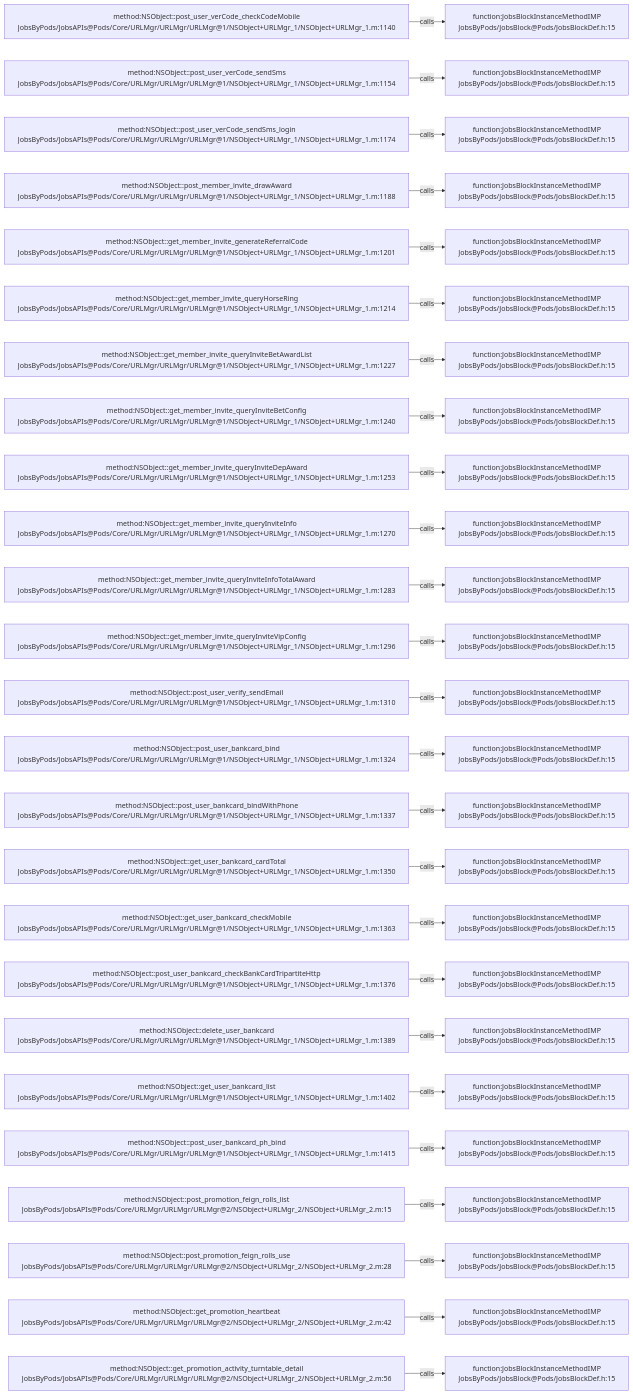
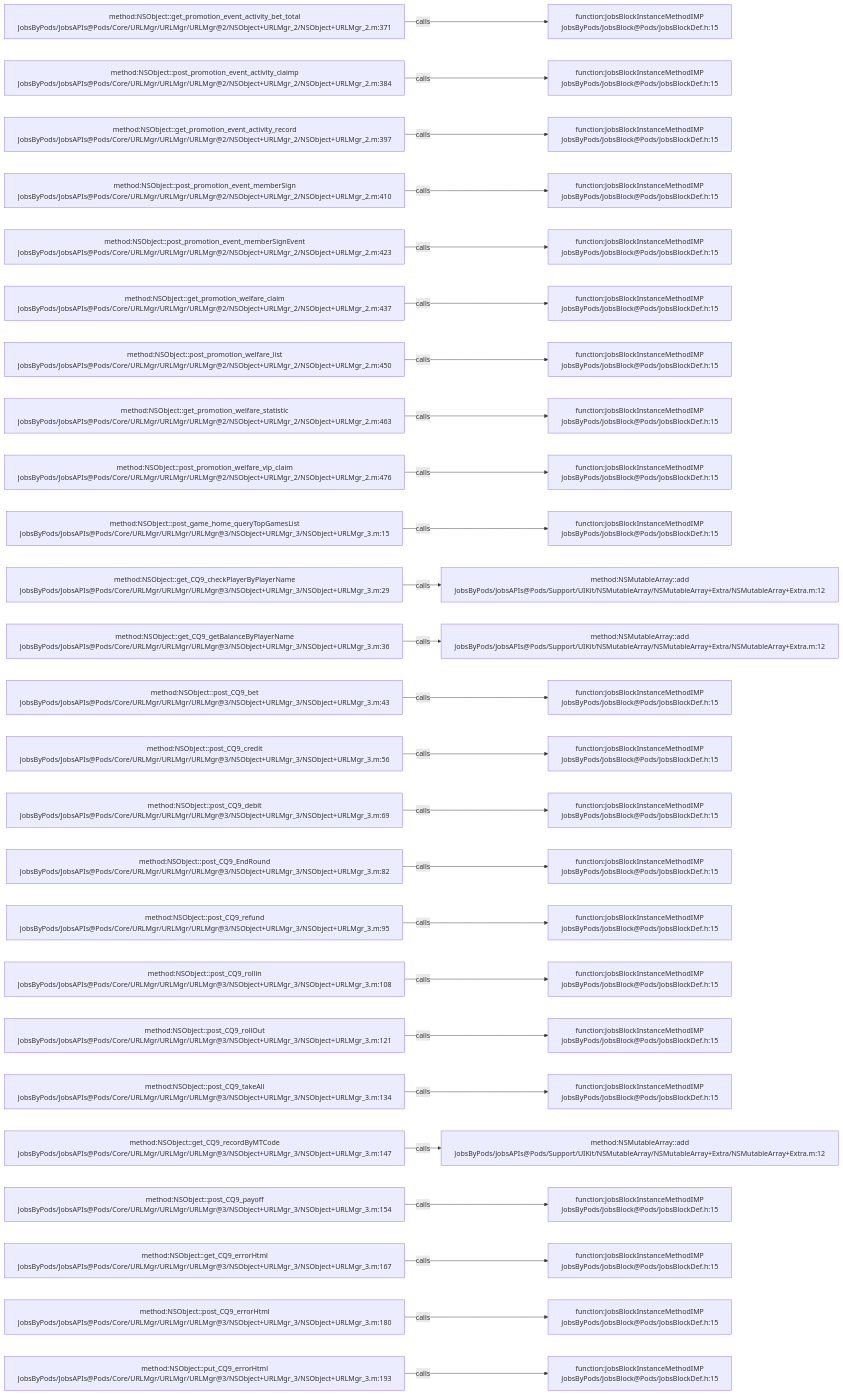
One commit to JobsKits/JobsOCBaseConfigDemo changed the diagram in .codegraph/codegraph.md/graphs/calls-057.md. Above: the diagram before and after it, drawn with Mermaid. The commit also changed 223 other files, not shown here.

````diff
--- a/.codegraph/codegraph.md/graphs/calls-057.md
+++ b/.codegraph/codegraph.md/graphs/calls-057.md
@@ -13,78 +13,78 @@
 ```mermaid
 flowchart LR
-  S1["method:NSObject::post_user_verCode_checkCodeMobile<br/>JobsByPods/JobsAPIs@Pods/Core/URLMgr/URLMgr/URLMgr@1/NSObject+URLMgr_1/NSObject+URLMgr_1.m:1140"]
+  S1["method:NSObject::get_promotion_event_activity_bet_total<br/>JobsByPods/JobsAPIs@Pods/Core/URLMgr/URLMgr/URLMgr@2/NSObject+URLMgr_2/NSObject+URLMgr_2.m:371"]
   T1["function:JobsBlockInstanceMethodIMP<br/>JobsByPods/JobsBlock@Pods/JobsBlockDef.h:15"]
   S1 -->|calls| T1
-  S2["method:NSObject::post_user_verCode_sendSms<br/>JobsByPods/JobsAPIs@Pods/Core/URLMgr/URLMgr/URLMgr@1/NSObject+URLMgr_1/NSObject+URLMgr_1.m:1154"]
+  S2["method:NSObject::post_promotion_event_activity_claimp<br/>JobsByPods/JobsAPIs@Pods/Core/URLMgr/URLMgr/URLMgr@2/NSObject+URLMgr_2/NSObject+URLMgr_2.m:384"]
   T2["function:JobsBlockInstanceMethodIMP<br/>JobsByPods/JobsBlock@Pods/JobsBlockDef.h:15"]
   S2 -->|calls| T2
-  S3["method:NSObject::post_user_verCode_sendSms_login<br/>JobsByPods/JobsAPIs@Pods/Core/URLMgr/URLMgr/URLMgr@1/NSObject+URLMgr_1/NSObject+URLMgr_1.m:1174"]
+  S3["method:NSObject::get_promotion_event_activity_record<br/>JobsByPods/JobsAPIs@Pods/Core/URLMgr/URLMgr/URLMgr@2/NSObject+URLMgr_2/NSObject+URLMgr_2.m:397"]
   T3["function:JobsBlockInstanceMethodIMP<br/>JobsByPods/JobsBlock@Pods/JobsBlockDef.h:15"]
   S3 -->|calls| T3
-  S4["method:NSObject::post_member_invite_drawAward<br/>JobsByPods/JobsAPIs@Pods/Core/URLMgr/URLMgr/URLMgr@1/NSObject+URLMgr_1/NSObject+URLMgr_1.m:1188"]
+  S4["method:NSObject::post_promotion_event_memberSign<br/>JobsByPods/JobsAPIs@Pods/Core/URLMgr/URLMgr/URLMgr@2/NSObject+URLMgr_2/NSObject+URLMgr_2.m:410"]
   T4["function:JobsBlockInstanceMethodIMP<br/>JobsByPods/JobsBlock@Pods/JobsBlockDef.h:15"]
   S4 -->|calls| T4
-  S5["method:NSObject::get_member_invite_generateReferralCode<br/>JobsByPods/JobsAPIs@Pods/Core/URLMgr/URLMgr/URLMgr@1/NSObject+URLMgr_1/NSObject+URLMgr_1.m:1201"]
+  S5["method:NSObject::post_promotion_event_memberSignEvent<br/>JobsByPods/JobsAPIs@Pods/Core/URLMgr/URLMgr/URLMgr@2/NSObject+URLMgr_2/NSObject+URLMgr_2.m:423"]
   T5["function:JobsBlockInstanceMethodIMP<br/>JobsByPods/JobsBlock@Pods/JobsBlockDef.h:15"]
   S5 -->|calls| T5
-  S6["method:NSObject::get_member_invite_queryHorseRing<br/>JobsByPods/JobsAPIs@Pods/Core/URLMgr/URLMgr/URLMgr@1/NSObject+URLMgr_1/NSObject+URLMgr_1.m:1214"]
+  S6["method:NSObject::get_promotion_welfare_claim<br/>JobsByPods/JobsAPIs@Pods/Core/URLMgr/URLMgr/URLMgr@2/NSObject+URLMgr_2/NSObject+URLMgr_2.m:437"]
   T6["function:JobsBlockInstanceMethodIMP<br/>JobsByPods/JobsBlock@Pods/JobsBlockDef.h:15"]
   S6 -->|calls| T6
-  S7["method:NSObject::get_member_invite_queryInviteBetAwardList<br/>JobsByPods/JobsAPIs@Pods/Core/URLMgr/URLMgr/URLMgr@1/NSObject+URLMgr_1/NSObject+URLMgr_1.m:1227"]
+  S7["method:NSObject::post_promotion_welfare_list<br/>JobsByPods/JobsAPIs@Pods/Core/URLMgr/URLMgr/URLMgr@2/NSObject+URLMgr_2/NSObject+URLMgr_2.m:450"]
   T7["function:JobsBlockInstanceMethodIMP<br/>JobsByPods/JobsBlock@Pods/JobsBlockDef.h:15"]
   S7 -->|calls| T7
-  S8["method:NSObject::get_member_invite_queryInviteBetConfig<br/>JobsByPods/JobsAPIs@Pods/Core/URLMgr/URLMgr/URLMgr@1/NSObject+URLMgr_1/NSObject+URLMgr_1.m:1240"]
+  S8["method:NSObject::get_promotion_welfare_statistic<br/>JobsByPods/JobsAPIs@Pods/Core/URLMgr/URLMgr/URLMgr@2/NSObject+URLMgr_2/NSObject+URLMgr_2.m:463"]
   T8["function:JobsBlockInstanceMethodIMP<br/>JobsByPods/JobsBlock@Pods/JobsBlockDef.h:15"]
   S8 -->|calls| T8
-  S9["method:NSObject::get_member_invite_queryInviteDepAward<br/>JobsByPods/JobsAPIs@Pods/Core/URLMgr/URLMgr/URLMgr@1/NSObject+URLMgr_1/NSObject+URLMgr_1.m:1253"]
+  S9["method:NSObject::post_promotion_welfare_vip_claim<br/>JobsByPods/JobsAPIs@Pods/Core/URLMgr/URLMgr/URLMgr@2/NSObject+URLMgr_2/NSObject+URLMgr_2.m:476"]
   T9["function:JobsBlockInstanceMethodIMP<br/>JobsByPods/JobsBlock@Pods/JobsBlockDef.h:15"]
   S9 -->|calls| T9
-  S10["method:NSObject::get_member_invite_queryInviteInfo<br/>JobsByPods/JobsAPIs@Pods/Core/URLMgr/URLMgr/URLMgr@1/NSObject+URLMgr_1/NSObject+URLMgr_1.m:1270"]
+  S10["method:NSObject::post_game_home_queryTopGamesList<br/>JobsByPods/JobsAPIs@Pods/Core/URLMgr/URLMgr/URLMgr@3/NSObject+URLMgr_3/NSObject+URLMgr_3.m:15"]
   T10["function:JobsBlockInstanceMethodIMP<br/>JobsByPods/JobsBlock@Pods/JobsBlockDef.h:15"]
   S10 -->|calls| T10
-  S11["method:NSObject::get_member_invite_queryInviteInfoTotalAward<br/>JobsByPods/JobsAPIs@Pods/Core/URLMgr/URLMgr/URLMgr@1/NSObject+URLMgr_1/NSObject+URLMgr_1.m:1283"]
-  T11["function:JobsBlockInstanceMethodIMP<br/>JobsByPods/JobsBlock@Pods/JobsBlockDef.h:15"]
+  S11["method:NSObject::get_CQ9_checkPlayerByPlayerName<br/>JobsByPods/JobsAPIs@Pods/Core/URLMgr/URLMgr/URLMgr@3/NSObject+URLMgr_3/NSObject+URLMgr_3.m:29"]
+  T11["method:NSMutableArray::add<br/>JobsByPods/JobsAPIs@Pods/Support/UIKit/NSMutableArray/NSMutableArray+Extra/NSMutableArray+Extra.m:12"]
   S11 -->|calls| T11
-  S12["method:NSObject::get_member_invite_queryInviteVipConfig<br/>JobsByPods/JobsAPIs@Pods/Core/URLMgr/URLMgr/URLMgr@1/NSObject+URLMgr_1/NSObject+URLMgr_1.m:1296"]
-  T12["function:JobsBlockInstanceMethodIMP<br/>JobsByPods/JobsBlock@Pods/JobsBlockDef.h:15"]
+  S12["method:NSObject::get_CQ9_getBalanceByPlayerName<br/>JobsByPods/JobsAPIs@Pods/Core/URLMgr/URLMgr/URLMgr@3/NSObject+URLMgr_3/NSObject+URLMgr_3.m:36"]
+  T12["method:NSMutableArray::add<br/>JobsByPods/JobsAPIs@Pods/Support/UIKit/NSMutableArray/NSMutableArray+Extra/NSMutableArray+Extra.m:12"]
   S12 -->|calls| T12
-  S13["method:NSObject::post_user_verify_sendEmail<br/>JobsByPods/JobsAPIs@Pods/Core/URLMgr/URLMgr/URLMgr@1/NSObject+URLMgr_1/NSObject+URLMgr_1.m:1310"]
+  S13["method:NSObject::post_CQ9_bet<br/>JobsByPods/JobsAPIs@Pods/Core/URLMgr/URLMgr/URLMgr@3/NSObject+URLMgr_3/NSObject+URLMgr_3.m:43"]
   T13["function:JobsBlockInstanceMethodIMP<br/>JobsByPods/JobsBlock@Pods/JobsBlockDef.h:15"]
   S13 -->|calls| T13
-  S14["method:NSObject::post_user_bankcard_bind<br/>JobsByPods/JobsAPIs@Pods/Core/URLMgr/URLMgr/URLMgr@1/NSObject+URLMgr_1/NSObject+URLMgr_1.m:1324"]
+  S14["method:NSObject::post_CQ9_credit<br/>JobsByPods/JobsAPIs@Pods/Core/URLMgr/URLMgr/URLMgr@3/NSObject+URLMgr_3/NSObject+URLMgr_3.m:56"]
   T14["function:JobsBlockInstanceMethodIMP<br/>JobsByPods/JobsBlock@Pods/JobsBlockDef.h:15"]
   S14 -->|calls| T14
-  S15["method:NSObject::post_user_bankcard_bindWithPhone<br/>JobsByPods/JobsAPIs@Pods/Core/URLMgr/URLMgr/URLMgr@1/NSObject+URLMgr_1/NSObject+URLMgr_1.m:1337"]
+  S15["method:NSObject::post_CQ9_debit<br/>JobsByPods/JobsAPIs@Pods/Core/URLMgr/URLMgr/URLMgr@3/NSObject+URLMgr_3/NSObject+URLMgr_3.m:69"]
   T15["function:JobsBlockInstanceMethodIMP<br/>JobsByPods/JobsBlock@Pods/JobsBlockDef.h:15"]
   S15 -->|calls| T15
-  S16["method:NSObject::get_user_bankcard_cardTotal<br/>JobsByPods/JobsAPIs@Pods/Core/URLMgr/URLMgr/URLMgr@1/NSObject+URLMgr_1/NSObject+URLMgr_1.m:1350"]
+  S16["method:NSObject::post_CQ9_EndRound<br/>JobsByPods/JobsAPIs@Pods/Core/URLMgr/URLMgr/URLMgr@3/NSObject+URLMgr_3/NSObject+URLMgr_3.m:82"]
   T16["function:JobsBlockInstanceMethodIMP<br/>JobsByPods/JobsBlock@Pods/JobsBlockDef.h:15"]
   S16 -->|calls| T16
-  S17["method:NSObject::get_user_bankcard_checkMobile<br/>JobsByPods/JobsAPIs@Pods/Core/URLMgr/URLMgr/URLMgr@1/NSObject+URLMgr_1/NSObject+URLMgr_1.m:1363"]
+  S17["method:NSObject::post_CQ9_refund<br/>JobsByPods/JobsAPIs@Pods/Core/URLMgr/URLMgr/URLMgr@3/NSObject+URLMgr_3/NSObject+URLMgr_3.m:95"]
   T17["function:JobsBlockInstanceMethodIMP<br/>JobsByPods/JobsBlock@Pods/JobsBlockDef.h:15"]
   S17 -->|calls| T17
-  S18["method:NSObject::post_user_bankcard_checkBankCardTripartiteHttp<br/>JobsByPods/JobsAPIs@Pods/Core/URLMgr/URLMgr/URLMgr@1/NSObject+URLMgr_1/NSObject+URLMgr_1.m:1376"]
+  S18["method:NSObject::post_CQ9_rollin<br/>JobsByPods/JobsAPIs@Pods/Core/URLMgr/URLMgr/URLMgr@3/NSObject+URLMgr_3/NSObject+URLMgr_3.m:108"]
   T18["function:JobsBlockInstanceMethodIMP<br/>JobsByPods/JobsBlock@Pods/JobsBlockDef.h:15"]
   S18 -->|calls| T18
-  S19["method:NSObject::delete_user_bankcard<br/>JobsByPods/JobsAPIs@Pods/Core/URLMgr/URLMgr/URLMgr@1/NSObject+URLMgr_1/NSObject+URLMgr_1.m:1389"]
+  S19["method:NSObject::post_CQ9_rollOut<br/>JobsByPods/JobsAPIs@Pods/Core/URLMgr/URLMgr/URLMgr@3/NSObject+URLMgr_3/NSObject+URLMgr_3.m:121"]
   T19["function:JobsBlockInstanceMethodIMP<br/>JobsByPods/JobsBlock@Pods/JobsBlockDef.h:15"]
   S19 -->|calls| T19
-  S20["method:NSObject::get_user_bankcard_list<br/>JobsByPods/JobsAPIs@Pods/Core/URLMgr/URLMgr/URLMgr@1/NSObject+URLMgr_1/NSObject+URLMgr_1.m:1402"]
+  S20["method:NSObject::post_CQ9_takeAll<br/>JobsByPods/JobsAPIs@Pods/Core/URLMgr/URLMgr/URLMgr@3/NSObject+URLMgr_3/NSObject+URLMgr_3.m:134"]
   T20["function:JobsBlockInstanceMethodIMP<br/>JobsByPods/JobsBlock@Pods/JobsBlockDef.h:15"]
   S20 -->|calls| T20
-  S21["method:NSObject::post_user_bankcard_ph_bind<br/>JobsByPods/JobsAPIs@Pods/Core/URLMgr/URLMgr/URLMgr@1/NSObject+URLMgr_1/NSObject+URLMgr_1.m:1415"]
-  T21["function:JobsBlockInstanceMethodIMP<br/>JobsByPods/JobsBlock@Pods/JobsBlockDef.h:15"]
+  S21["method:NSObject::get_CQ9_recordByMTCode<br/>JobsByPods/JobsAPIs@Pods/Core/URLMgr/URLMgr/URLMgr@3/NSObject+URLMgr_3/NSObject+URLMgr_3.m:147"]
+  T21["method:NSMutableArray::add<br/>JobsByPods/JobsAPIs@Pods/Support/UIKit/NSMutableArray/NSMutableArray+Extra/NSMutableArray+Extra.m:12"]
   S21 -->|calls| T21
-  S22["method:NSObject::post_promotion_feign_rolls_list<br/>JobsByPods/JobsAPIs@Pods/Core/URLMgr/URLMgr/URLMgr@2/NSObject+URLMgr_2/NSObject+URLMgr_2.m:15"]
+  S22["method:NSObject::post_CQ9_payoff<br/>JobsByPods/JobsAPIs@Pods/Core/URLMgr/URLMgr/URLMgr@3/NSObject+URLMgr_3/NSObject+URLMgr_3.m:154"]
   T22["function:JobsBlockInstanceMethodIMP<br/>JobsByPods/JobsBlock@Pods/JobsBlockDef.h:15"]
   S22 -->|calls| T22
-  S23["method:NSObject::post_promotion_feign_rolls_use<br/>JobsByPods/JobsAPIs@Pods/Core/URLMgr/URLMgr/URLMgr@2/NSObject+URLMgr_2/NSObject+URLMgr_2.m:28"]
+  S23["method:NSObject::get_CQ9_errorHtml<br/>JobsByPods/JobsAPIs@Pods/Core/URLMgr/URLMgr/URLMgr@3/NSObject+URLMgr_3/NSObject+URLMgr_3.m:167"]
   T23["function:JobsBlockInstanceMethodIMP<br/>JobsByPods/JobsBlock@Pods/JobsBlockDef.h:15"]
   S23 -->|calls| T23
-  S24["method:NSObject::get_promotion_heartbeat<br/>JobsByPods/JobsAPIs@Pods/Core/URLMgr/URLMgr/URLMgr@2/NSObject+URLMgr_2/NSObject+URLMgr_2.m:42"]
+  S24["method:NSObject::post_CQ9_errorHtml<br/>JobsByPods/JobsAPIs@Pods/Core/URLMgr/URLMgr/URLMgr@3/NSObject+URLMgr_3/NSObject+URLMgr_3.m:180"]
   T24["function:JobsBlockInstanceMethodIMP<br/>JobsByPods/JobsBlock@Pods/JobsBlockDef.h:15"]
   S24 -->|calls| T24
-  S25["method:NSObject::get_promotion_activity_turntable_detail<br/>JobsByPods/JobsAPIs@Pods/Core/URLMgr/URLMgr/URLMgr@2/NSObject+URLMgr_2/NSObject+URLMgr_2.m:56"]
+  S25["method:NSObject::put_CQ9_errorHtml<br/>JobsByPods/JobsAPIs@Pods/Core/URLMgr/URLMgr/URLMgr@3/NSObject+URLMgr_3/NSObject+URLMgr_3.m:193"]
   T25["function:JobsBlockInstanceMethodIMP<br/>JobsByPods/JobsBlock@Pods/JobsBlockDef.h:15"]
   S25 -->|calls| T25
 ```
````
